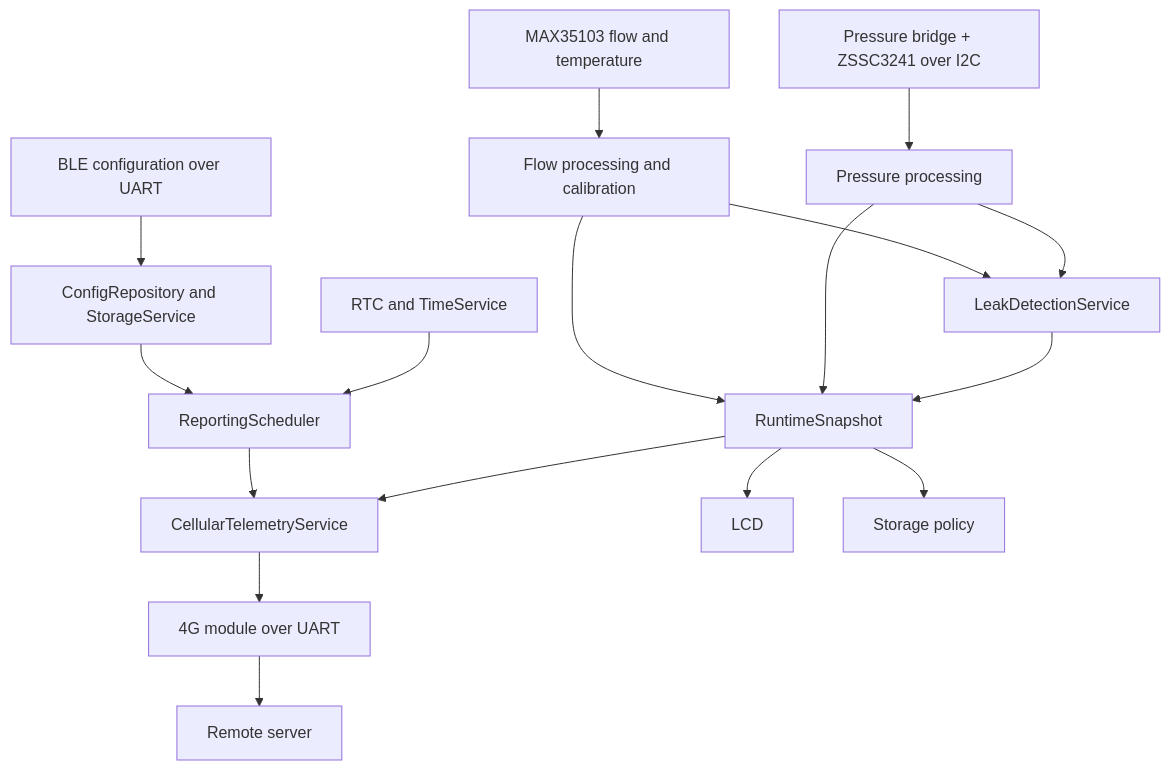
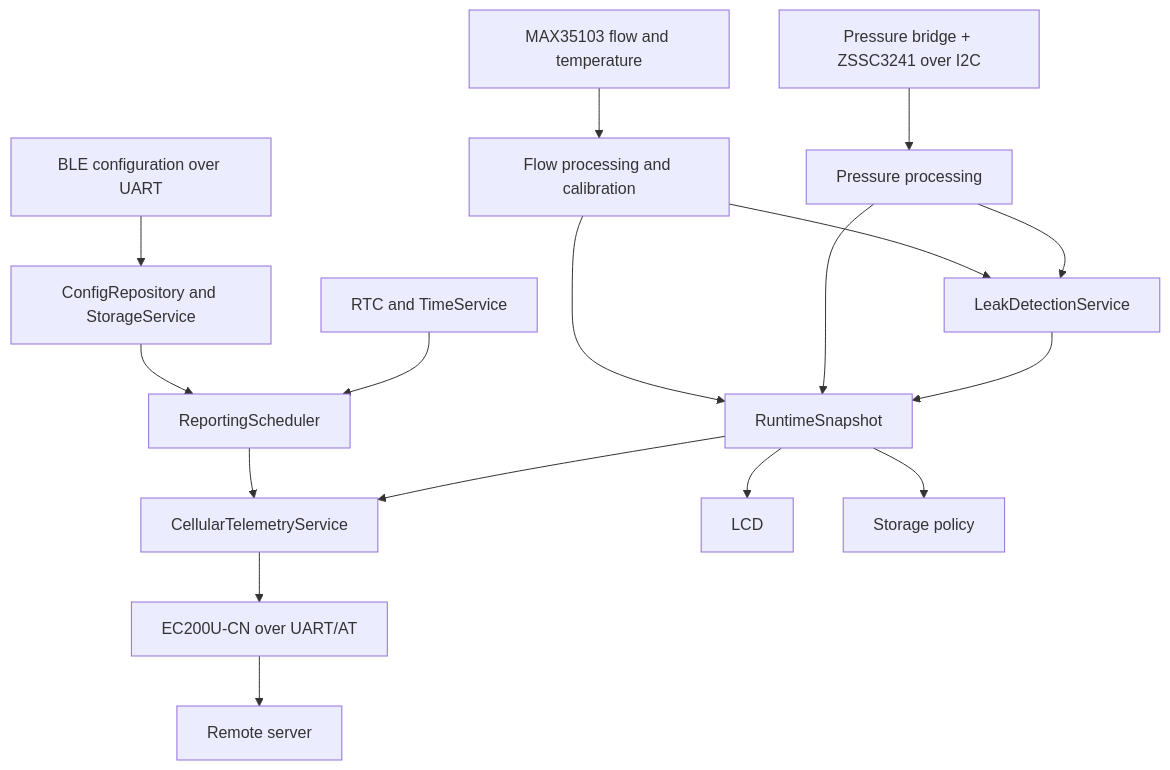
Before and after one commit to whoisLePhuc/smart-water-flow-pressure-monitor: the first of 2 diagrams in 1.docs/00_overview/README.md, drawn with Mermaid. The commit also changed other lines of this file and 14 other files, not shown here.

````diff
--- a/1.docs/00_overview/README.md
+++ b/1.docs/00_overview/README.md
@@ -103,24 +103,24 @@
 ```mermaid
 flowchart TD
     MAX["MAX35103 flow and temperature"] --> FLOW["Flow processing and calibration"]
     PRESS["Pressure bridge + ZSSC3241 over I2C"] --> PPROC["Pressure processing"]
 
     FLOW --> LEAK["LeakDetectionService"]
     PPROC --> LEAK
 
     FLOW --> SNAP["RuntimeSnapshot"]
     PPROC --> SNAP
     LEAK --> SNAP
 
     BLE["BLE configuration over UART"] --> CONFIG["ConfigRepository and StorageService"]
     CONFIG --> SCHED["ReportingScheduler"]
 
     RTC["RTC and TimeService"] --> SCHED
     SCHED --> TELEMETRY["CellularTelemetryService"]
     SNAP --> TELEMETRY
 
     SNAP --> LCD["LCD"]
     SNAP --> STORE["Storage policy"]
-    TELEMETRY --> MODEM["4G module over UART"]
+    TELEMETRY --> MODEM["EC200U-CN over UART/AT"]
     MODEM --> SERVER["Remote server"]
 ```
````
